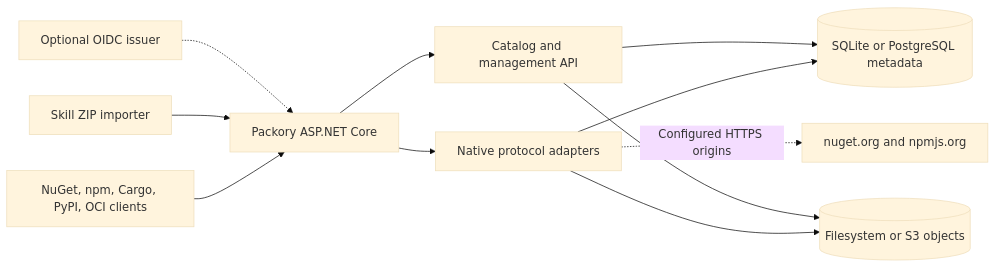
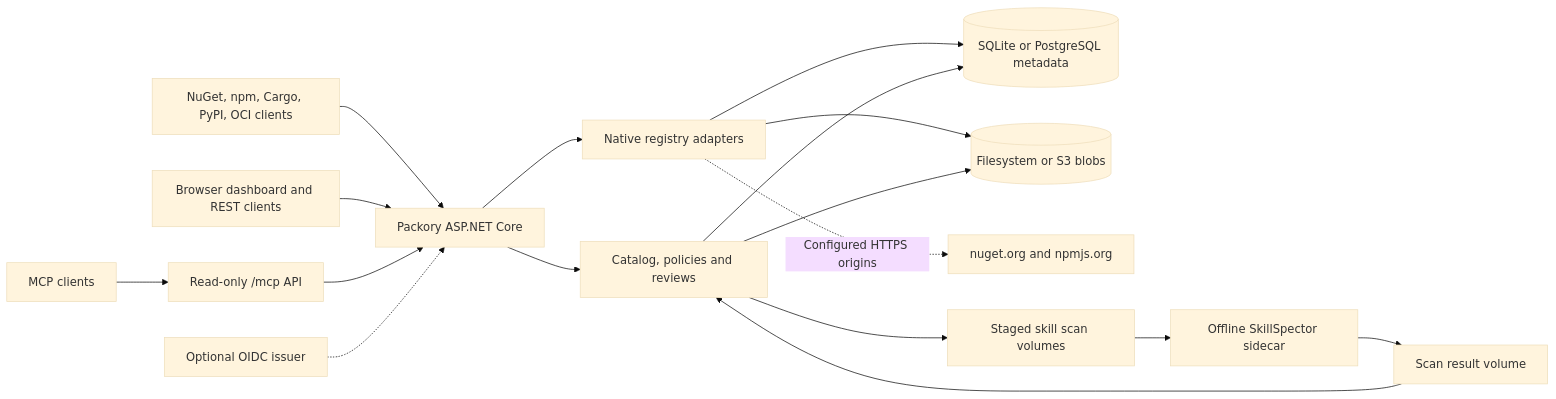
One commit to Cenn0/Packory changed the diagram in README.md. Above: the diagram before and after it, drawn with Mermaid (base theme). The commit also changed other lines of this file, not shown here.

Commit message:
docs: document registry and MCP scan boundaries

````diff
--- a/README.md
+++ b/README.md
@@ -78,13 +79,19 @@
 ```mermaid
 flowchart LR
-  C[NuGet, npm, Cargo, PyPI, OCI clients] --> A[Packory ASP.NET Core]
-  K[Skill ZIP importer] --> A
-  O[Optional OIDC issuer] -.-> A
-  A --> N[Native protocol adapters]
-  A --> M[Catalog and management API]
-  N --> D[(SQLite or PostgreSQL metadata)]
-  M --> D
-  N --> B[(Filesystem or S3 objects)]
-  M --> B
-  N -.->|Configured HTTPS origins| U[nuget.org and npmjs.org]
+  C["NuGet, npm, Cargo, PyPI, OCI clients"] --> App["Packory ASP.NET Core"]
+  Dashboard["Browser dashboard and REST clients"] --> App
+  MCP["MCP clients"] --> ReadOnly["Read-only /mcp API"]
+  ReadOnly --> App
+  OIDC["Optional OIDC issuer"] -.-> App
+  App --> Protocol["Native registry adapters"]
+  App --> Catalog["Catalog, policies and reviews"]
+  Protocol --> DB[("SQLite or PostgreSQL metadata")]
+  Catalog --> DB
+  Protocol --> Blob[("Filesystem or S3 blobs")]
+  Catalog --> Blob
+  Protocol -. "Configured HTTPS origins" .-> Upstream["nuget.org and npmjs.org"]
+  Catalog --> Queue["Staged skill scan volumes"]
+  Queue --> Scanner["Offline SkillSpector sidecar"]
+  Scanner --> Result["Scan result volume"]
+  Result --> Catalog
 ```
````
